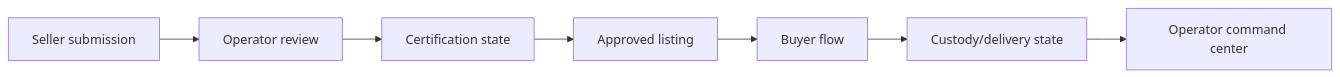
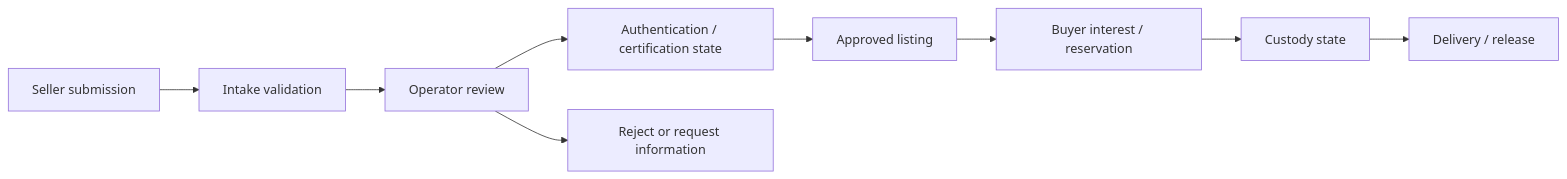
The diagram in README.md (shiny-a2/a2-watch-marketplace-showcase), drawn with Mermaid before and after one commit. The commit also changed other lines of this file and 2 other files, not shown here.

````diff
--- a/README.md
+++ b/README.md
@@ -37,9 +45,11 @@
 ```mermaid
 flowchart LR
-    Seller[Seller submission] --> Review[Operator review]
-    Review --> Cert[Certification state]
+    Seller[Seller submission] --> Intake[Intake validation]
+    Intake --> Review[Operator review]
+    Review --> Cert[Authentication / certification state]
     Cert --> Listing[Approved listing]
-    Listing --> Buyer[Buyer flow]
-    Buyer --> Custody[Custody/delivery state]
-    Custody --> Ops[Operator command center]
+    Listing --> Buyer[Buyer interest / reservation]
+    Buyer --> Custody[Custody state]
+    Custody --> Delivery[Delivery / release]
+    Review --> Reject[Reject or request information]
 ```
````
